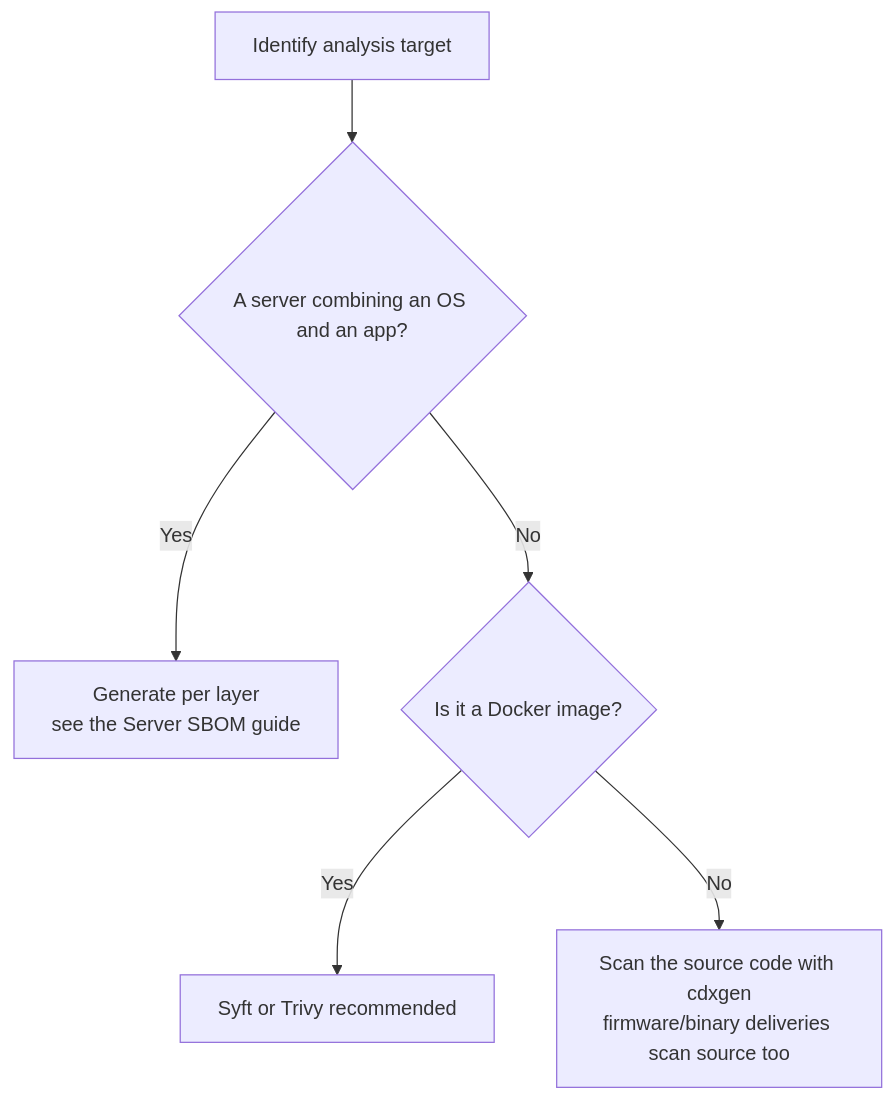
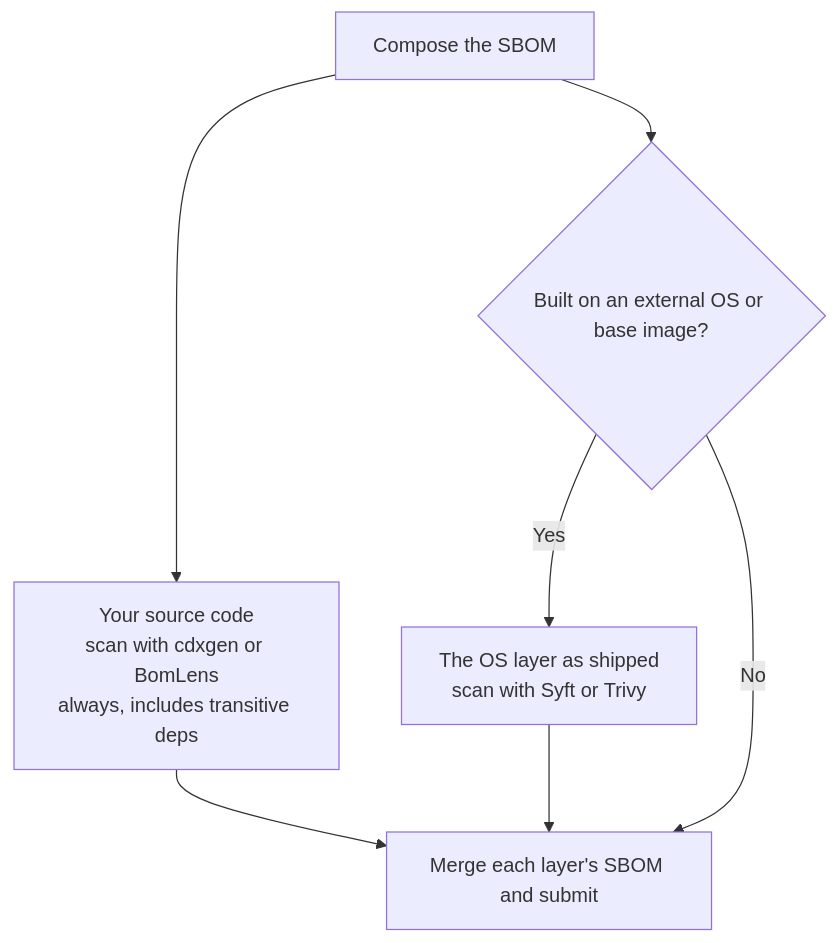
The diagram in content/en/guide/supply-chain/for-suppliers/creation-guide/_index.md (sktelecom/sktelecom.github.io), drawn with Mermaid before and after one commit. The commit also changed other lines of this file and 1 other file, not shown here.

Commit message:
docs(supply-chain): reframe tool selection as layered SBOM composition

````diff
--- a/content/en/guide/supply-chain/for-suppliers/creation-guide/_index.md
+++ b/content/en/guide/supply-chain/for-suppliers/creation-guide/_index.md
@@ -14,8 +14,9 @@
 ```mermaid
 graph TD
-    A[Identify analysis target] --> S{A server combining an OS and an app?}
-    S -- Yes --> T[Generate per layer<br>see the Server SBOM guide]
-    S -- No --> D{Is it a Docker image?}
-    D -- Yes --> E[Syft or Trivy recommended]
-    D -- No --> C[Scan the source code with cdxgen<br>firmware/binary deliveries scan source too]
+    A[Compose the SBOM] --> B[Your source code<br>scan with cdxgen or BomLens<br>always, includes transitive deps]
+    A --> C{Built on an external OS or base image?}
+    C -->|Yes| D[The OS layer as shipped<br>scan with Syft or Trivy]
+    C -->|No| F[Merge each layer's SBOM and submit]
+    B --> F
+    D --> F
 ```
````
